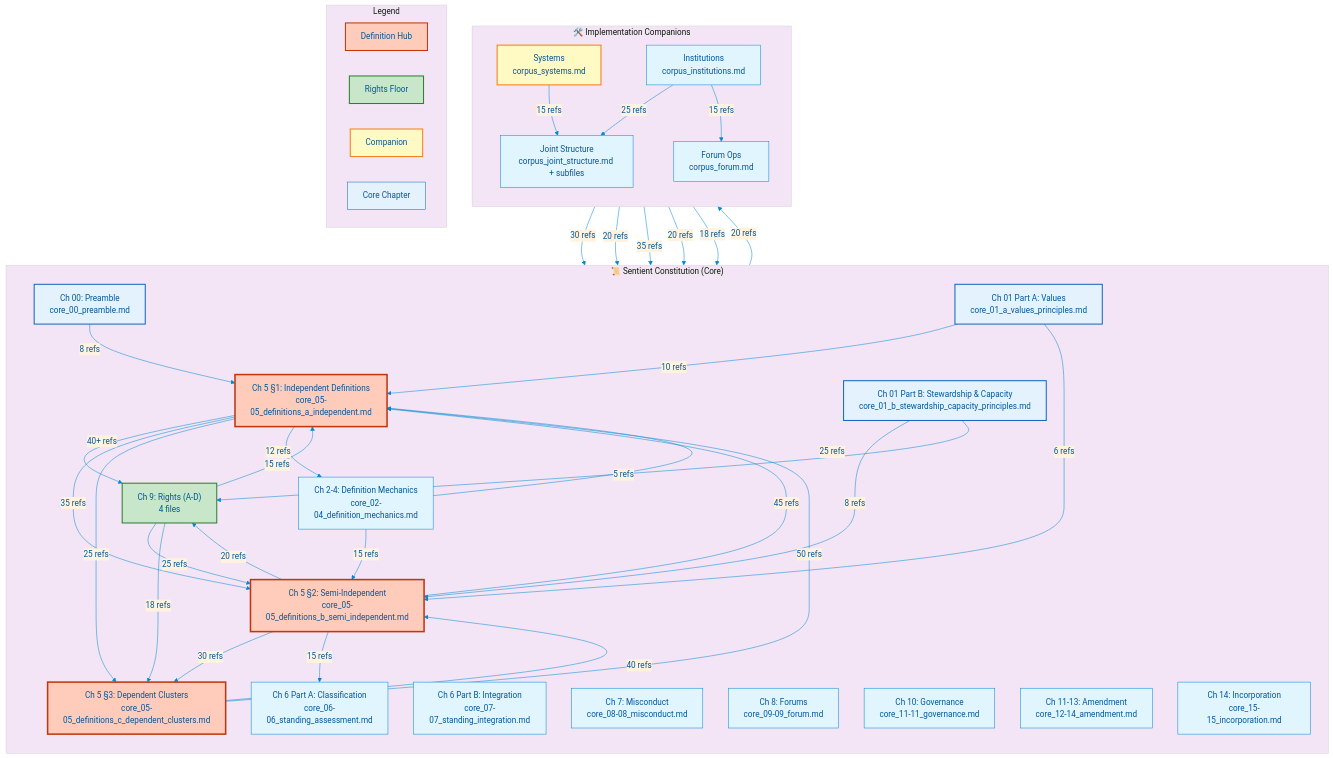
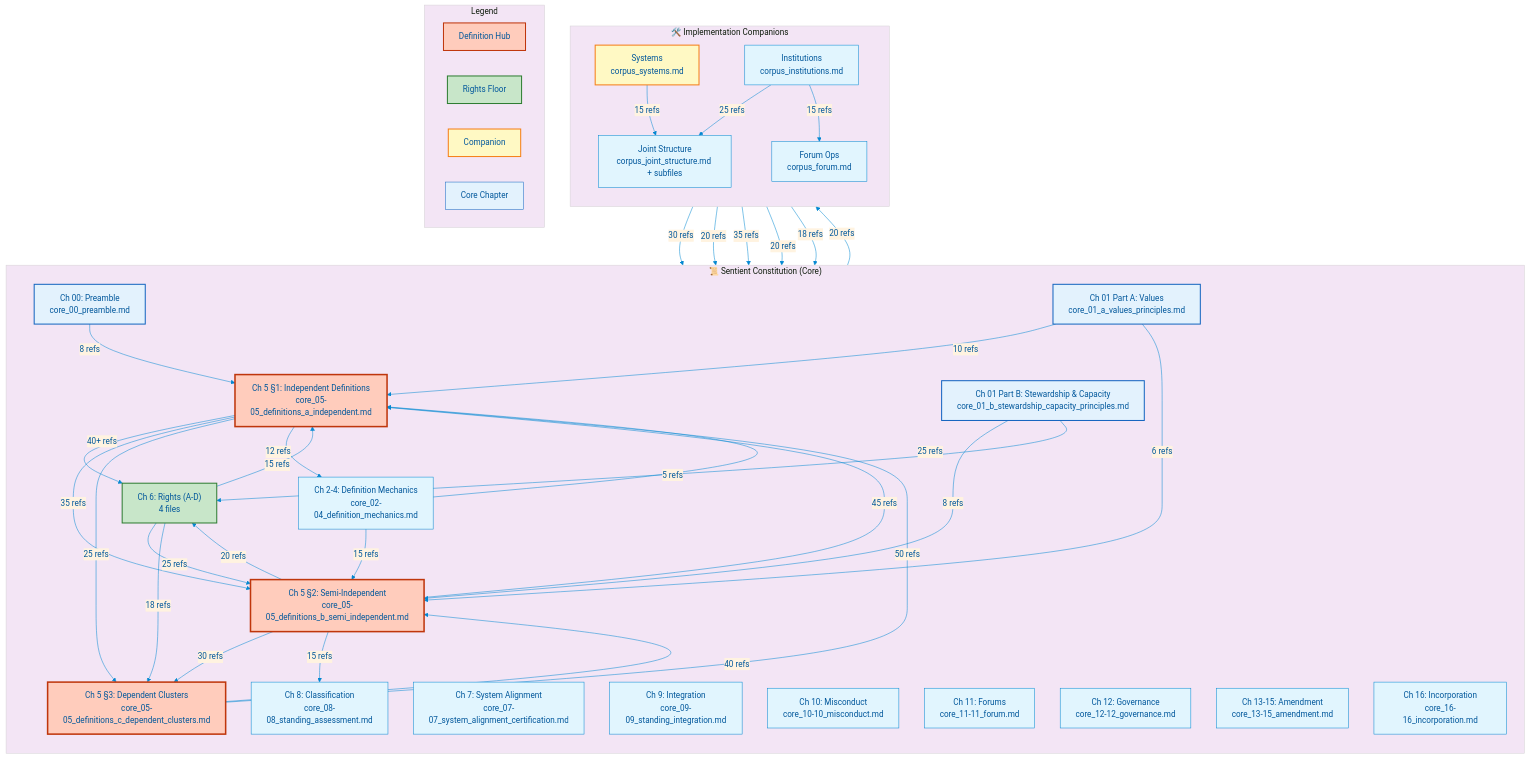
The diagram in ai_corpus/visualization/dependency_map.mmd (kfoelsch/Sentient_Constitution), drawn with Mermaid before and after one commit. The commit also changed 159 other files, not shown here.

```diff
--- a/ai_corpus/visualization/dependency_map.mmd
+++ b/ai_corpus/visualization/dependency_map.mmd
@@ -1,95 +1,96 @@
 %%{init: {'theme': 'base', 'themeVariables': { 'primaryColor': '#e1f5fe', 'primaryTextColor': '#01579b', 'primaryBorderColor': '#0288d1', 'lineColor': '#0288d1', 'secondaryColor': '#fff3e0', 'tertiaryColor': '#f3e5f5'}}}%%
 graph TB
     subgraph CoreConstitution["📜 Sentient Constitution (Core)"]
         direction TB
         Ch00["Ch 00: Preamble<br/>core_00_preamble.md"]
         Ch01A["Ch 01 Part A: Values<br/>core_01_a_values_principles.md"]
         Ch01B["Ch 01 Part B: Stewardship & Capacity<br/>core_01_b_stewardship_capacity_principles.md"]
         Ch02["Ch 2-4: Definition Mechanics<br/>core_02-04_definition_mechanics.md"]
         Ch05A["Ch 5 §1: Independent Definitions<br/>core_05-05_definitions_a_independent.md"]
         Ch05B["Ch 5 §2: Semi-Independent<br/>core_05-05_definitions_b_semi_independent.md"]
         Ch05C["Ch 5 §3: Dependent Clusters<br/>core_05-05_definitions_c_dependent_clusters.md"]
-        Ch06A["Ch 6 Part A: Classification<br/>core_06-06_standing_assessment.md"]
-        Ch06B["Ch 6 Part B: Integration<br/>core_07-07_standing_integration.md"]
-        Ch07["Ch 7: Misconduct<br/>core_08-08_misconduct.md"]
-        Ch08["Ch 8: Forums<br/>core_09-09_forum.md"]
-        Ch09["Ch 9: Rights (A-D)<br/>4 files"]
-        Ch10["Ch 10: Governance<br/>core_11-11_governance.md"]
-        Ch1113["Ch 11-13: Amendment<br/>core_12-14_amendment.md"]
-        Ch14["Ch 14: Incorporation<br/>core_15-15_incorporation.md"]
+        Ch06["Ch 6: Rights (A-D)<br/>4 files"]
+        Ch07["Ch 7: System Alignment<br/>core_07-07_system_alignment_certification.md"]
+        Ch08["Ch 8: Classification<br/>core_08-08_standing_assessment.md"]
+        Ch09["Ch 9: Integration<br/>core_09-09_standing_integration.md"]
+        Ch10["Ch 10: Misconduct<br/>core_10-10_misconduct.md"]
+        Ch11["Ch 11: Forums<br/>core_11-11_forum.md"]
+        Ch12["Ch 12: Governance<br/>core_12-12_governance.md"]
+        Ch1315["Ch 13-15: Amendment<br/>core_13-15_amendment.md"]
+        Ch16["Ch 16: Incorporation<br/>core_16-16_incorporation.md"]
     end
 
     subgraph Companions["🛠️ Implementation Companions"]
         direction TB
         CS["Systems<br/>corpus_systems.md"]
         CI["Institutions<br/>corpus_institutions.md"]
         CF["Forum Ops<br/>corpus_forum.md"]
         CJS["Joint Structure<br/>corpus_joint_structure.md + subfiles"]
     end
 
     %% Cross-references: Chapter 5 definitions are the hub
-    Ch05A -->|"40+ refs"| Ch09
+    Ch05A -->|"40+ refs"| Ch06
     Ch05A -->|"35 refs"| Ch05B
     Ch05A -->|"25 refs"| Ch05C
     Ch05A -->|"20 refs"| CS
     Ch05A -->|"12 refs"| Ch02
 
     Ch05B -->|"45 refs"| Ch05A
     Ch05B -->|"30 refs"| Ch05C
-    Ch05B -->|"20 refs"| Ch09
-    Ch05B -->|"15 refs"| Ch06A
+    Ch05B -->|"20 refs"| Ch06
+    Ch05B -->|"15 refs"| Ch08
 
     Ch05C -->|"50 refs"| Ch05A
     Ch05C -->|"40 refs"| Ch05B
 
     %% Rights reference definitions heavily
-    Ch09 -->|"15 refs"| Ch05A
-    Ch09 -->|"25 refs"| Ch05B
-    Ch09 -->|"18 refs"| Ch05C
+    Ch06 -->|"15 refs"| Ch05A
+    Ch06 -->|"25 refs"| Ch05B
+    Ch06 -->|"18 refs"| Ch05C
 
     %% Systems companion is well-connected
     CS -->|"30 refs"| Ch05A
     CS -->|"20 refs"| Ch05B
-    CS -->|"35 refs"| Ch09
+    CS -->|"35 refs"| Ch06
     CS -->|"15 refs"| CJS
 
     %% Institutions companion connects
     CI -->|"20 refs"| Ch05B
-    CI -->|"18 refs"| Ch09
+    CI -->|"18 refs"| Ch06
     CI -->|"25 refs"| CJS
     CI -->|"15 refs"| CF
 
     %% Principles chapter spreads downstream
     Ch00 -->|"8 refs"| Ch05A
     Ch01A -->|"10 refs"| Ch05A
     Ch01A -->|"6 refs"| Ch05B
     Ch01B -->|"8 refs"| Ch05B
-    Ch01B -->|"5 refs"| Ch09
+    Ch01B -->|"5 refs"| Ch06
 
     %% Definition mechanics underpin everything
     Ch02 -->|"25 refs"| Ch05A
     Ch02 -->|"15 refs"| Ch05B
 
     %% Visual styling
     style Ch05A fill:#ffccbc,stroke:#bf360c,stroke-width:3px
     style Ch05B fill:#ffccbc,stroke:#bf360c,stroke-width:3px
     style Ch05C fill:#ffccbc,stroke:#bf360c,stroke-width:3px
-    style Ch09 fill:#c8e6c9,stroke:#2e7d32,stroke-width:2px
+    style Ch06 fill:#c8e6c9,stroke:#2e7d32,stroke-width:2px
     style CS fill:#fff9c4,stroke:#f57f17,stroke-width:2px
     style Ch00 fill:#e3f2fd,stroke:#1565c0,stroke-width:2px
     style Ch01A fill:#e3f2fd,stroke:#1565c0,stroke-width:2px
     style Ch01B fill:#e3f2fd,stroke:#1565c0,stroke-width:2px
 
     %% Legend
     subgraph Legend["Legend"]
         direction LR
         L1["Definition Hub"]:::hub
         L2["Rights Floor"]:::rights
         L3["Companion"]:::companion
         L4["Core Chapter"]:::core
     end
 
     classDef hub fill:#ffccbc,stroke:#bf360c,stroke-width:2px
     classDef rights fill:#c8e6c9,stroke:#2e7d32,stroke-width:2px
     classDef companion fill:#fff9c4,stroke:#f57f17,stroke-width:2px
     classDef core fill:#e3f2fd,stroke:#1565c0,stroke-width:1px
```
